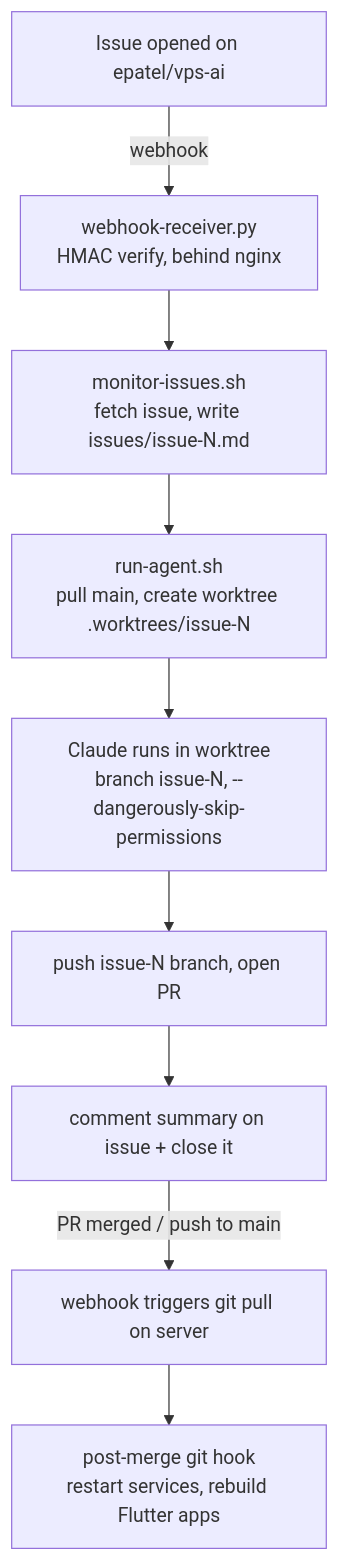
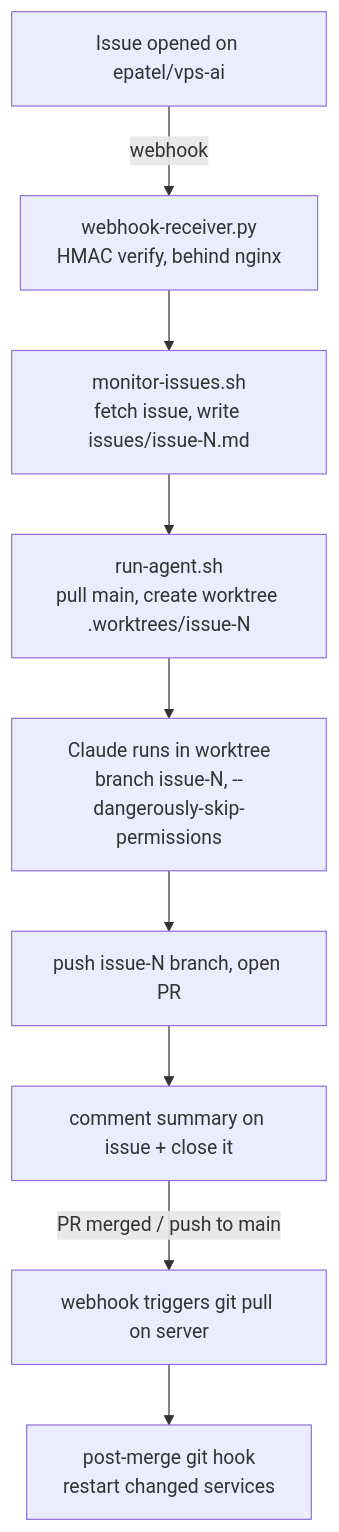
One commit to epatel/vps-ai changed the diagram in cards/architecture.md. Above: the diagram before and after it, drawn with Mermaid. The commit also changed other lines of this file and 14 other files, not shown here.

````diff
--- a/cards/architecture.md
+++ b/cards/architecture.md
@@ -9,11 +9,11 @@
 ```mermaid
 flowchart TD
     A[Issue opened on epatel/vps-ai] -->|webhook| B[webhook-receiver.py<br/>HMAC verify, behind nginx]
     B --> C[monitor-issues.sh<br/>fetch issue, write issues/issue-N.md]
     C --> D[run-agent.sh<br/>pull main, create worktree .worktrees/issue-N]
     D --> E[Claude runs in worktree<br/>branch issue-N, --dangerously-skip-permissions]
     E --> F[push issue-N branch, open PR]
     F --> G[comment summary on issue + close it]
     G -->|PR merged / push to main| H[webhook triggers git pull on server]
-    H --> I[post-merge git hook<br/>restart services, rebuild Flutter apps]
+    H --> I[post-merge git hook<br/>restart changed services]
 ```
````
